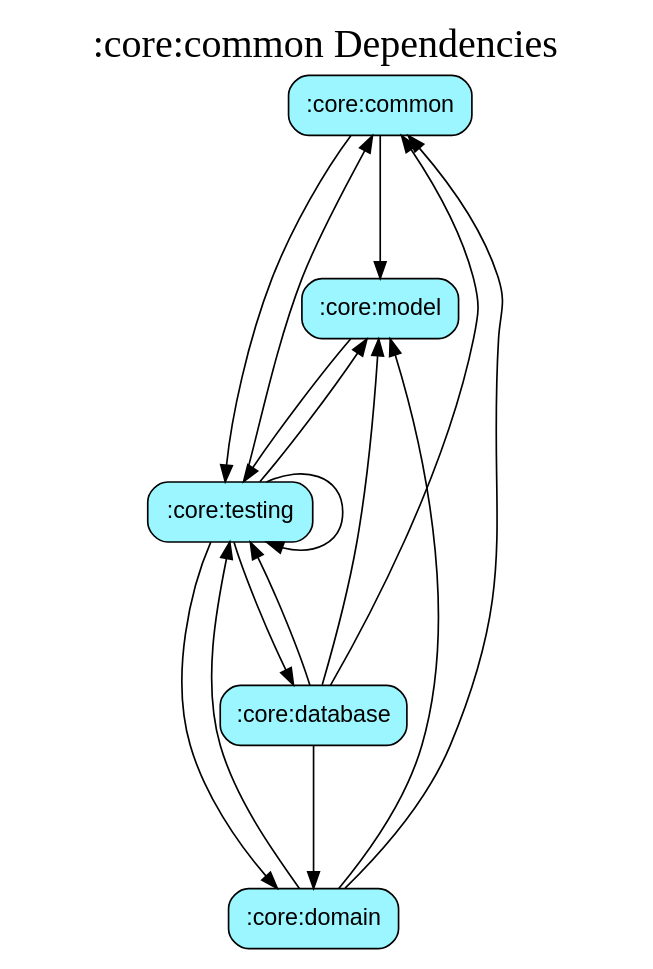
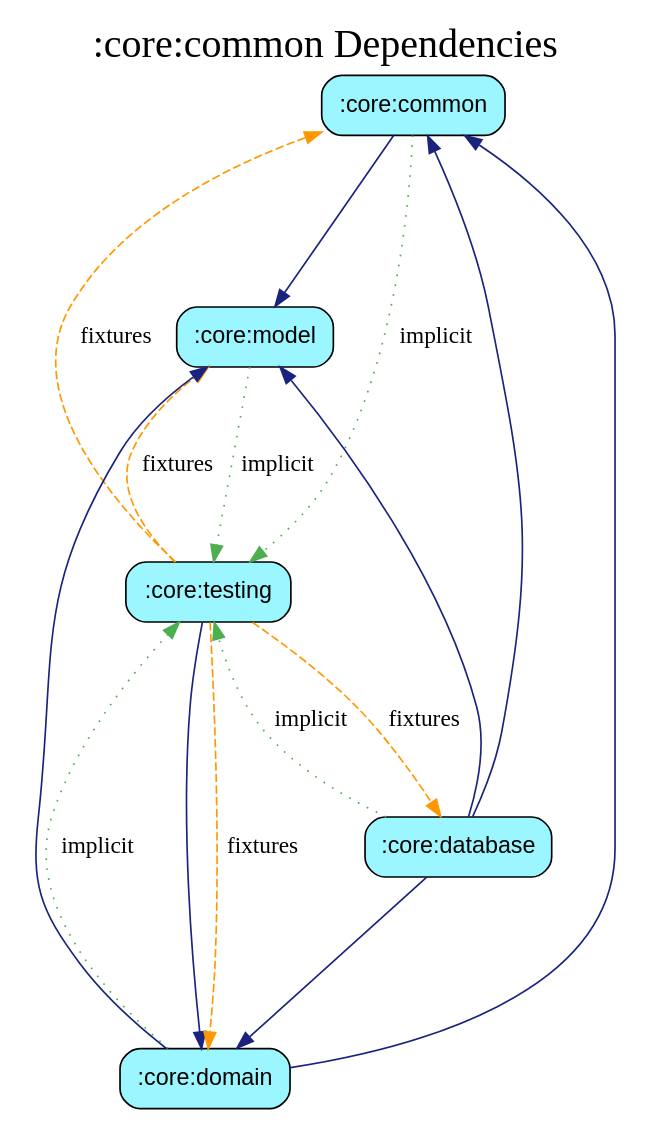
One commit to harrykibet/RealEstateApp-Android changed the diagram in core/common/module_graph.gv. Above: the diagram before and after it, drawn with Graphviz. The commit also changed 91 other files, not shown here.

```diff
--- a/core/common/module_graph.gv
+++ b/core/common/module_graph.gv
@@ -1,24 +1,24 @@
 digraph {
-  graph [label=":core:common Dependencies", labelloc=t, fontsize=24, ranksep=1.2];
+  graph [label=":core:common Dependencies", labelloc=t, fontsize=24, ranksep=1.4];
   node [style=filled, fillcolor="#bbdefb", fontname="sans-serif", shape=box, style="rounded,filled"];
   ":core:common" [fillcolor="#9BF6FF"];
   ":core:model" [fillcolor="#9BF6FF"];
   ":core:testing" [fillcolor="#9BF6FF"];
   ":core:domain" [fillcolor="#9BF6FF"];
   ":core:database" [fillcolor="#9BF6FF"];
-  ":core:common" -> ":core:model"
-  ":core:common" -> ":core:testing"
-  ":core:domain" -> ":core:model"
-  ":core:domain" -> ":core:common"
-  ":core:domain" -> ":core:testing"
-  ":core:model" -> ":core:testing"
-  ":core:database" -> ":core:model"
-  ":core:database" -> ":core:domain"
-  ":core:database" -> ":core:common"
-  ":core:database" -> ":core:testing"
-  ":core:testing" -> ":core:domain"
-  ":core:testing" -> ":core:model"
-  ":core:testing" -> ":core:common"
-  ":core:testing" -> ":core:database"
-  ":core:testing" -> ":core:testing"
+  ":core:common" -> ":core:model" [color="#1A237E", style=solid]
+  ":core:common" -> ":core:testing" [color="#4CAF50", style=dotted, label="implicit"]
+  ":core:domain" -> ":core:model" [color="#1A237E", style=solid]
+  ":core:domain" -> ":core:common" [color="#1A237E", style=solid]
+  ":core:domain" -> ":core:testing" [color="#4CAF50", style=dotted, label="implicit"]
+  ":core:model" -> ":core:testing" [color="#4CAF50", style=dotted, label="implicit"]
+  ":core:database" -> ":core:model" [color="#1A237E", style=solid]
+  ":core:database" -> ":core:domain" [color="#1A237E", style=solid]
+  ":core:database" -> ":core:common" [color="#1A237E", style=solid]
+  ":core:database" -> ":core:testing" [color="#4CAF50", style=dotted, label="implicit"]
+  ":core:testing" -> ":core:domain" [color="#1A237E", style=solid]
+  ":core:testing" -> ":core:model" [color="#FF9800", style=dashed, label="fixtures"]
+  ":core:testing" -> ":core:common" [color="#FF9800", style=dashed, label="fixtures"]
+  ":core:testing" -> ":core:domain" [color="#FF9800", style=dashed, label="fixtures"]
+  ":core:testing" -> ":core:database" [color="#FF9800", style=dashed, label="fixtures"]
 }
```
